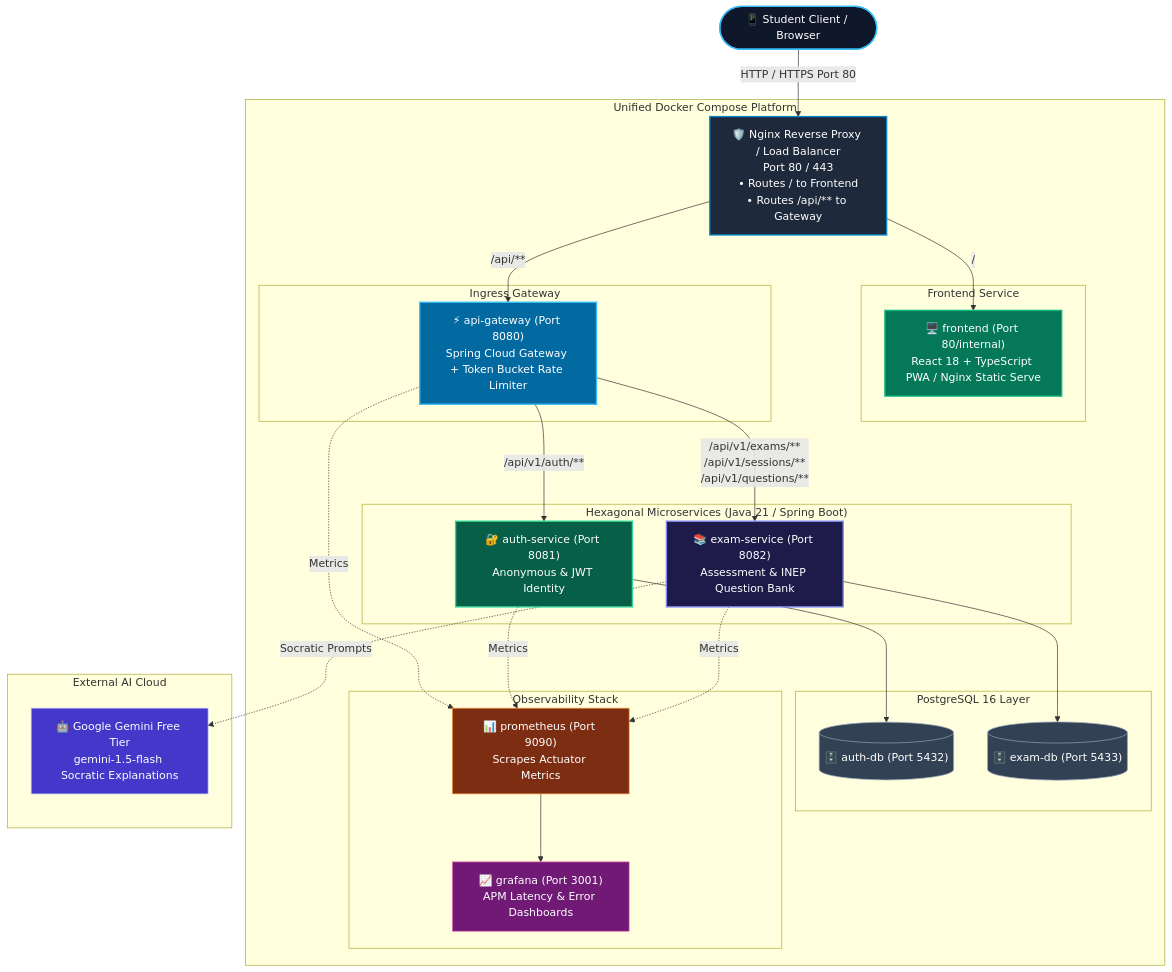
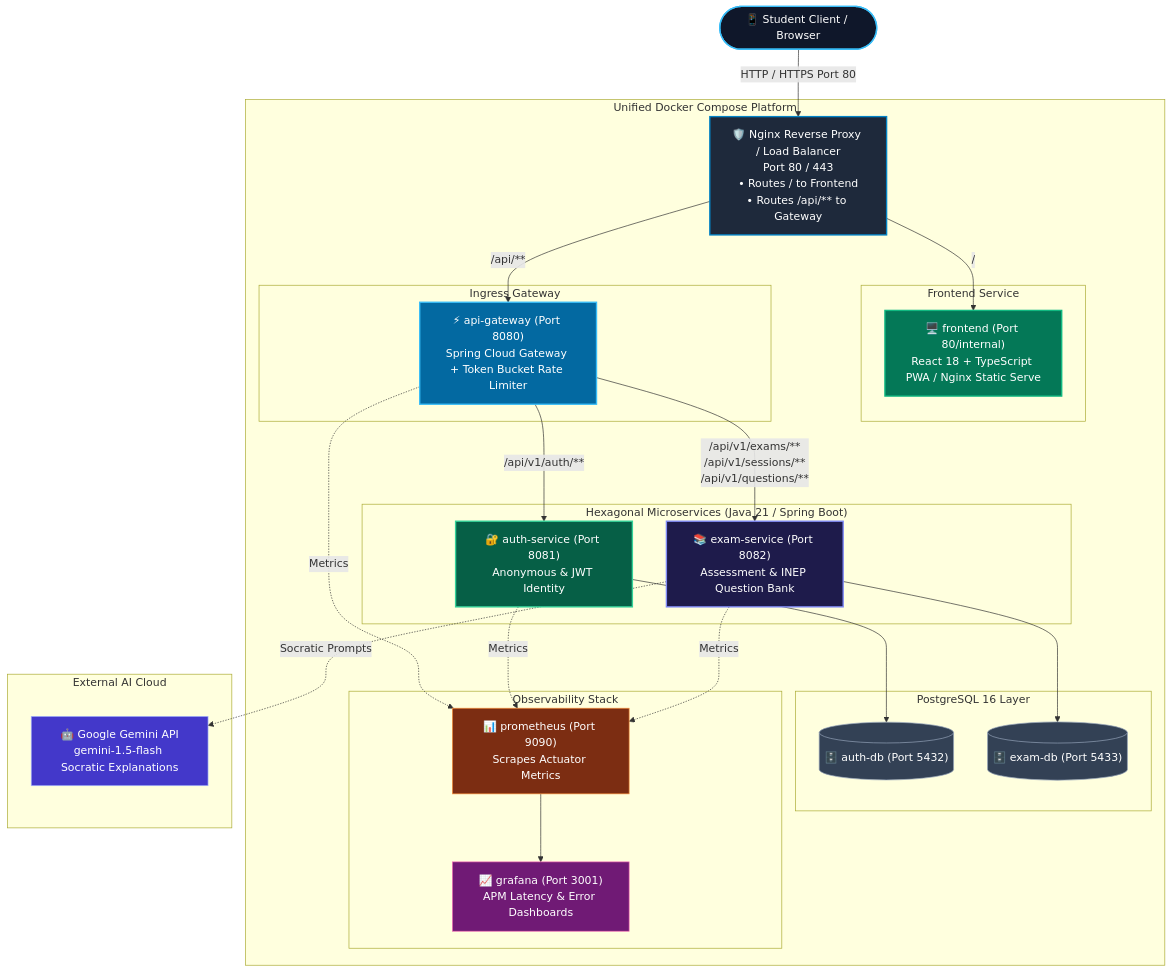
Before and after one commit to Veras-D/AprovaENEM: the diagram in README.md, drawn with Mermaid. The commit also changed other lines of this file and 6 other files, not shown here.

Commit message:
docs: refine Gemini API architecture and rate limiting specifications

````diff
--- a/README.md
+++ b/README.md
@@ -89,62 +89,62 @@
 ```mermaid
 graph TD
     User([📱 Student Client / Browser])
     
     subgraph DockerPlatform ["Unified Docker Compose Platform"]
         Nginx["🛡️ Nginx Reverse Proxy / Load Balancer<br/>Port 80 / 443<br/>• Routes / to Frontend<br/>• Routes /api/** to Gateway"]
 
         subgraph FrontendContainer ["Frontend Service"]
             UI["🖥️ frontend (Port 80/internal)<br/>React 18 + TypeScript PWA / Nginx Static Serve"]
         end
 
         subgraph IngressContainer ["Ingress Gateway"]
             Gateway["⚡ api-gateway (Port 8080)<br/>Spring Cloud Gateway + Token Bucket Rate Limiter"]
         end
 
         subgraph MicroservicesLayer ["Hexagonal Microservices (Java 21 / Spring Boot)"]
             AuthSvc["🔐 auth-service (Port 8081)<br/>Anonymous & JWT Identity"]
             ExamSvc["📚 exam-service (Port 8082)<br/>Assessment & INEP Question Bank"]
         end
 
         subgraph PersistenceLayer ["PostgreSQL 16 Layer"]
             AuthDB[("🗄️ auth-db (Port 5432)")]
             ExamDB[("🗄️ exam-db (Port 5433)")]
         end
 
         subgraph TelemetryLayer ["Observability Stack"]
             Prometheus["📊 prometheus (Port 9090)<br/>Scrapes Actuator Metrics"]
             Grafana["📈 grafana (Port 3001)<br/>APM Latency & Error Dashboards"]
         end
     end
 
     subgraph ExternalServices ["External AI Cloud"]
-        Gemini["🤖 Google Gemini Free Tier<br/>gemini-1.5-flash Socratic Explanations"]
+        Gemini["🤖 Google Gemini API<br/>gemini-1.5-flash Socratic Explanations"]
     end
 
     User -->|HTTP / HTTPS Port 80| Nginx
     Nginx -->|/| UI
     Nginx -->|/api/**| Gateway
     Gateway -->|/api/v1/auth/**| AuthSvc
     Gateway -->|/api/v1/exams/**<br/>/api/v1/sessions/**<br/>/api/v1/questions/**| ExamSvc
 
     AuthSvc --> AuthDB
     ExamSvc --> ExamDB
     ExamSvc -.->|Socratic Prompts| Gemini
 
     Gateway -.->|Metrics| Prometheus
     AuthSvc -.->|Metrics| Prometheus
     ExamSvc -.->|Metrics| Prometheus
     Prometheus --> Grafana
 
     style User fill:#0f172a,stroke:#38bdf8,stroke-width:2px,color:#fff
     style Nginx fill:#1e293b,stroke:#0284c7,stroke-width:2px,color:#fff
     style UI fill:#047857,stroke:#10b981,stroke-width:2px,color:#fff
     style Gateway fill:#0369a1,stroke:#38bdf8,stroke-width:2px,color:#fff
     style AuthSvc fill:#065f46,stroke:#34d399,stroke-width:2px,color:#fff
     style ExamSvc fill:#1e1b4b,stroke:#818cf8,stroke-width:2px,color:#fff
     style AuthDB fill:#334155,stroke:#94a3b8,color:#fff
     style ExamDB fill:#334155,stroke:#94a3b8,color:#fff
     style Gemini fill:#4338ca,stroke:#a5b4fc,color:#fff
     style Prometheus fill:#7c2d12,stroke:#fb923c,color:#fff
     style Grafana fill:#701a75,stroke:#f472b6,color:#fff
 ```
````
